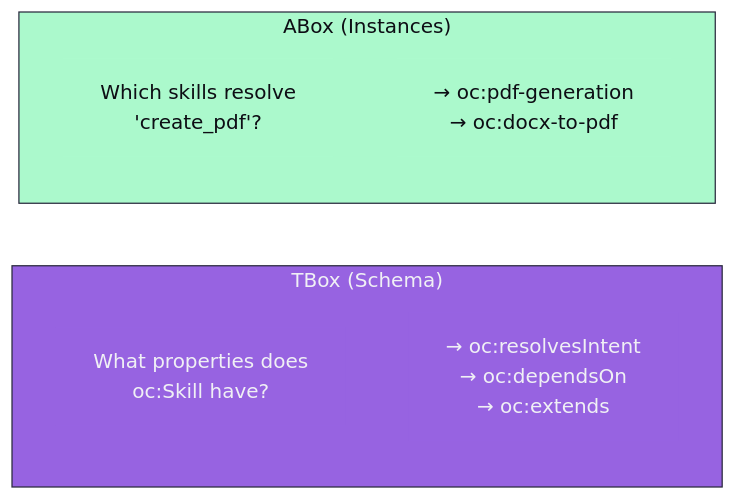
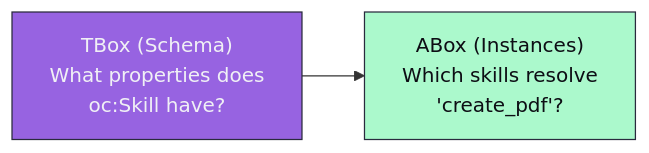
One commit to mareasw/ontoskills changed the fifth of 5 diagrams in PHILOSOPHY.md. Above: the diagram before and after it, drawn with Mermaid. The commit also changed other lines of this file, not shown here.

First line of the commit message:
docs: flatten all PHILOSOPHY.md diagrams to horizontal layout

````diff
--- a/PHILOSOPHY.md
+++ b/PHILOSOPHY.md
@@ -194,19 +161,7 @@
 ```mermaid
 flowchart LR
-    subgraph TBOX["TBox (Schema)"]
-        TQ["What properties does<br/>oc:Skill have?"]
-        TA["→ oc:resolvesIntent<br/>→ oc:dependsOn<br/>→ oc:extends"]
-    end
-
-    subgraph ABOX["ABox (Instances)"]
-        AQ["Which skills resolve<br/>'create_pdf'?"]
-        AA["→ oc:pdf-generation<br/>→ oc:docx-to-pdf"]
-    end
+    TBOX["TBox (Schema)<br/>What properties does<br/>oc:Skill have?"] --> ABOX["ABox (Instances)<br/>Which skills resolve<br/>'create_pdf'?"]
 
     style TBOX fill:#9763e1,stroke:#2a2a3e,color:#f0f0f5
     style ABOX fill:#abf9cc,stroke:#2a2a3e,color:#0d0d14
-    style TQ fill:#9763e1,stroke:none,color:#f0f0f5
-    style TA fill:#9763e1,stroke:none,color:#f0f0f5
-    style AQ fill:#abf9cc,stroke:none,color:#0d0d14
-    style AA fill:#abf9cc,stroke:none,color:#0d0d14
 ```
````
